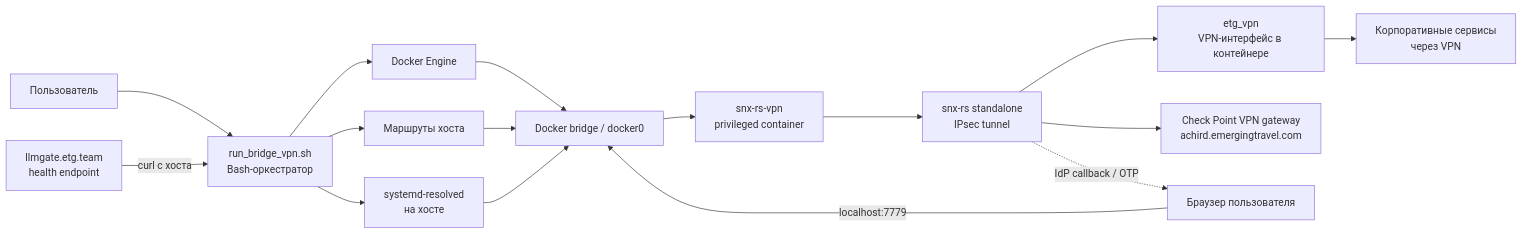
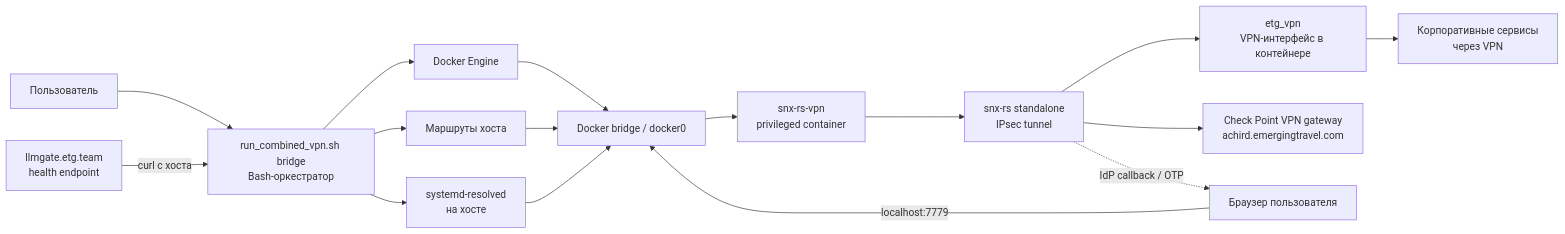
Before and after one commit to kfreiman/snx-rs: the first of 7 diagrams in bridge.md, drawn with Mermaid. The commit also changed other lines of this file and 17 other files, not shown here.

````diff
--- a/bridge.md
+++ b/bridge.md
@@ -30,32 +30,32 @@
 ```mermaid
 flowchart LR
     User[Пользователь]
-    Script[run_bridge_vpn.sh\nBash-оркестратор]
+    Script[run_combined_vpn.sh bridge\nBash-оркестратор]
     Docker[Docker Engine]
     Bridge[Docker bridge / docker0]
     Container[snx-rs-vpn\nprivileged container]
     Snx[snx-rs standalone\nIPsec tunnel]
     Tun[etg_vpn\nVPN-интерфейс в контейнере]
     Gateway[Check Point VPN gateway\nachird.emergingtravel.com]
     Corp[Корпоративные сервисы\nчерез VPN]
     Resolved[systemd-resolved\nна хосте]
     HostRoutes[Маршруты хоста]
     Browser[Браузер пользователя]
     Health[llmgate.etg.team\nhealth endpoint]
 
     User --> Script
     Script --> Docker
     Script --> HostRoutes
     Script --> Resolved
     Docker --> Bridge
     Bridge --> Container
     Container --> Snx
     Snx --> Tun
     Snx --> Gateway
     Tun --> Corp
     Browser -->|localhost:7779| Bridge
     Snx -.->|IdP callback / OTP| Browser
     Health -->|curl с хоста| Script
     HostRoutes --> Bridge
     Resolved --> Bridge
 ```
````
